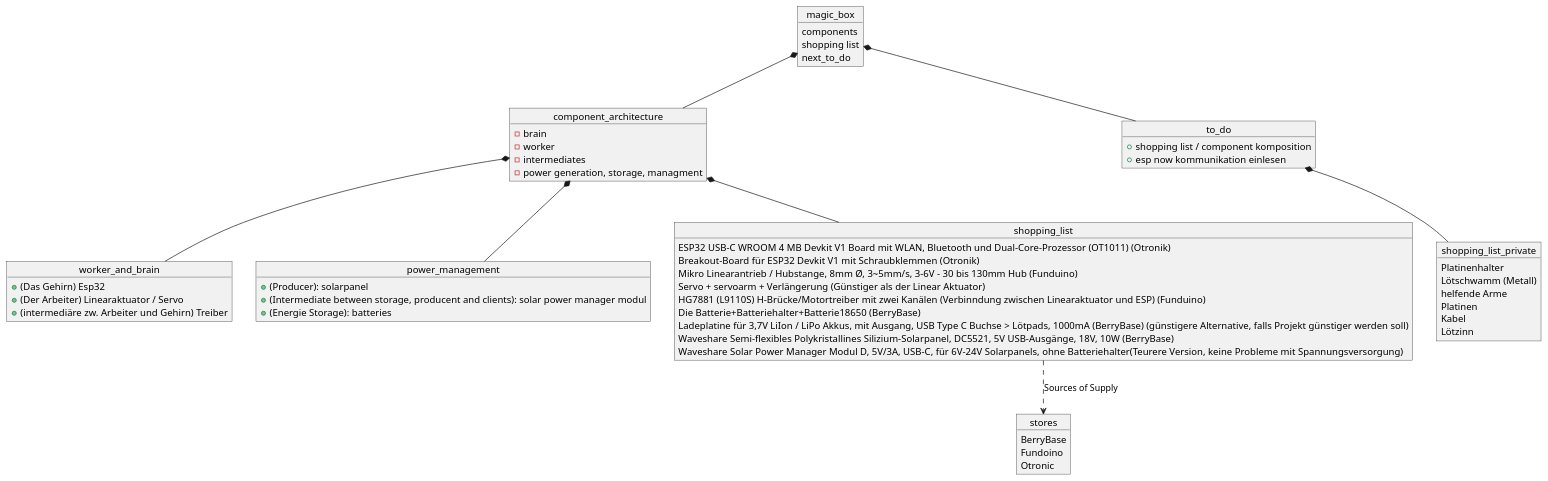
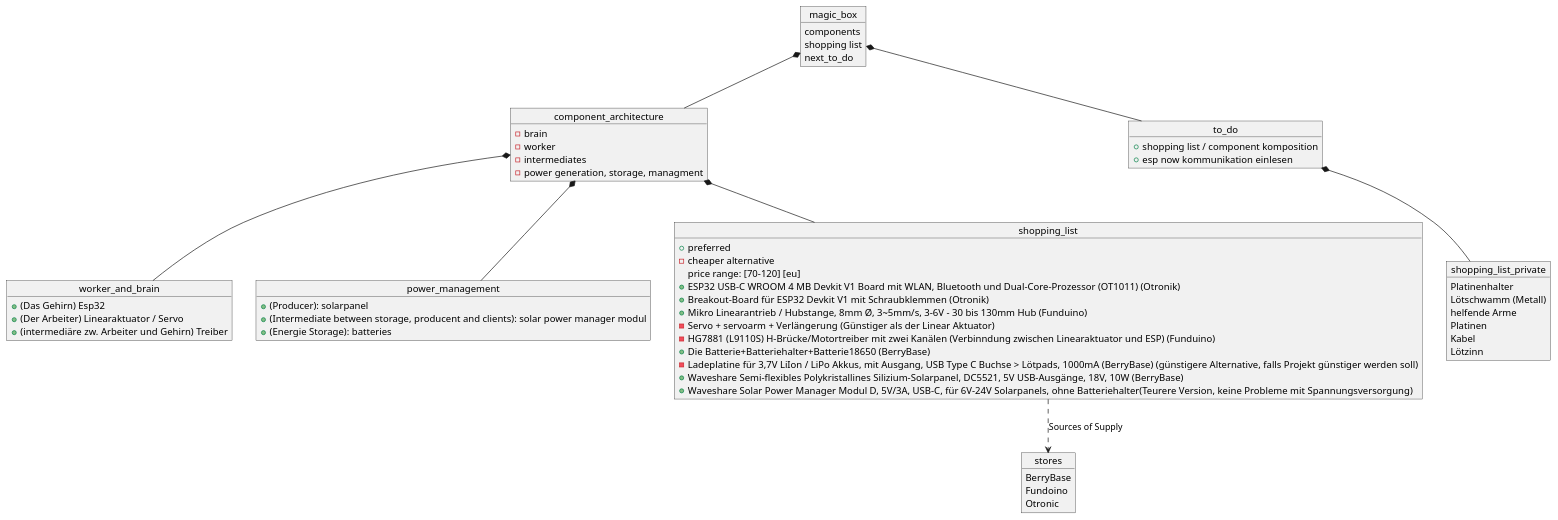
One commit to jrlk000/magic_box changed the diagram in overview_magic_box.puml. Above: the diagram before and after it, drawn with PlantUML.

Commit message:
Adaptation in the puml.

```diff
--- a/overview_magic_box.puml
+++ b/overview_magic_box.puml
@@ -1,68 +1,73 @@
 @startuml
 
 object magic_box{
 components
 shopping list
 next_to_do
 }
 
 object component_architecture{
 -brain
 -worker
 -intermediates
 -power generation, storage, managment
 }
 
 object worker_and_brain{
 +(Das Gehirn) Esp32
 +(Der Arbeiter) Linearaktuator / Servo
 +(intermediäre zw. Arbeiter und Gehirn) Treiber
 }
 
 object power_management{
 +(Producer): solarpanel
 +(Intermediate between storage, producent and clients): solar power manager modul
 +(Energie Storage): batteries
 }
 
 object shopping_list{
-ESP32 USB-C WROOM 4 MB Devkit V1 Board mit WLAN, Bluetooth und Dual-Core-Prozessor (OT1011) (Otronik)
-Breakout-Board für ESP32 Devkit V1 mit Schraubklemmen (Otronik)
-Mikro Linearantrieb / Hubstange, 8mm Ø, 3~5mm/s, 3-6V - 30 bis 130mm Hub (Funduino)
-Servo + servoarm + Verlängerung (Günstiger als der Linear Aktuator)
-HG7881 (L9110S) H-Brücke/Motortreiber mit zwei Kanälen (Verbinndung zwischen Linearaktuator und ESP) (Funduino)
-Die Batterie+Batteriehalter+Batterie18650 (BerryBase)
-Ladeplatine für 3,7V LiIon / LiPo Akkus, mit Ausgang, USB Type C Buchse > Lötpads, 1000mA (BerryBase) (günstigere Alternative, falls Projekt günstiger werden soll)
-Waveshare Semi-flexibles Polykristallines Silizium-Solarpanel, DC5521, 5V USB-Ausgänge, 18V, 10W (BerryBase)
-Waveshare Solar Power Manager Modul D, 5V/3A, USB-C, für 6V-24V Solarpanels, ohne Batteriehalter(Teurere Version, keine Probleme mit Spannungsversorgung)
++preferred
+-cheaper alternative
+
+price range: [70-120] [eu]
+
++ESP32 USB-C WROOM 4 MB Devkit V1 Board mit WLAN, Bluetooth und Dual-Core-Prozessor (OT1011) (Otronik)
++Breakout-Board für ESP32 Devkit V1 mit Schraubklemmen (Otronik)
++Mikro Linearantrieb / Hubstange, 8mm Ø, 3~5mm/s, 3-6V - 30 bis 130mm Hub (Funduino)
+-Servo + servoarm + Verlängerung (Günstiger als der Linear Aktuator)
+-HG7881 (L9110S) H-Brücke/Motortreiber mit zwei Kanälen (Verbinndung zwischen Linearaktuator und ESP) (Funduino)
++Die Batterie+Batteriehalter+Batterie18650 (BerryBase)
+-Ladeplatine für 3,7V LiIon / LiPo Akkus, mit Ausgang, USB Type C Buchse > Lötpads, 1000mA (BerryBase) (günstigere Alternative, falls Projekt günstiger werden soll)
++Waveshare Semi-flexibles Polykristallines Silizium-Solarpanel, DC5521, 5V USB-Ausgänge, 18V, 10W (BerryBase)
++Waveshare Solar Power Manager Modul D, 5V/3A, USB-C, für 6V-24V Solarpanels, ohne Batteriehalter(Teurere Version, keine Probleme mit Spannungsversorgung)
 }
 
 object shopping_list_private{
 Platinenhalter
 Lötschwamm (Metall)
 helfende Arme
 Platinen
 Kabel
 Lötzinn
 }
 
 object stores{
 BerryBase
 Fundoino
 Otronic
 }
 
 object to_do{
 +shopping list / component komposition
 +esp now kommunikation einlesen
 }
 
 magic_box *-- to_do
 magic_box *-- component_architecture
 to_do *--shopping_list_private
 component_architecture *-- worker_and_brain
 component_architecture *-- power_management
 component_architecture *-- shopping_list
 shopping_list ..> stores :Sources of Supply
 
 @enduml
```
